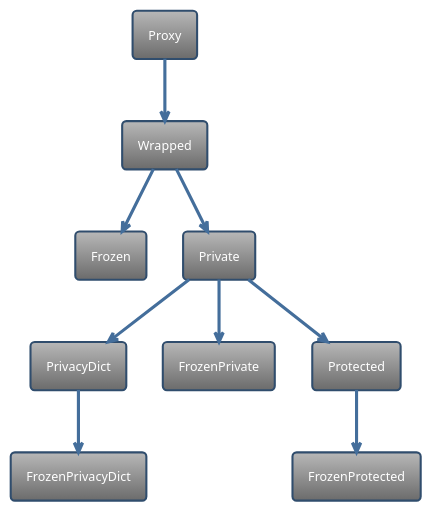
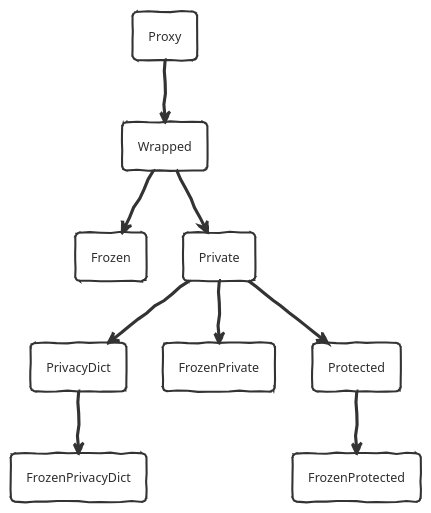
Before and after one commit to sundarnagarajan/pyprotect: the diagram in classdiagram.puml, drawn with PlantUML. The commit also changed 1 other file, not shown here.

```diff
--- a/classdiagram.puml
+++ b/classdiagram.puml
@@ -2,32 +2,32 @@
 @startuml
 ' Create classdiagram.svg using command:
 ' java -jar plantuml.jar -tsvg classdiagram.puml
 '!theme bluegray
-'!theme sketchy
-!theme spacelab
+!theme sketchy-outline
+'!theme spacelab
 
 skinparam linetype polyline
 'skinparam linetype ortho
  
 rectangle Proxy
 rectangle Wrapped
 rectangle Frozen
 rectangle Private
 rectangle PrivacyDict
 rectangle FrozenPrivacyDict
 rectangle FrozenPrivate
 rectangle Protected
 rectangle FrozenProtected
 
 Proxy --> Wrapped
 Wrapped --> Frozen
 Wrapped --> Private
 
 Private --> PrivacyDict
 Private --> FrozenPrivate
 Private --> Protected
 
 PrivacyDict --> FrozenPrivacyDict
 Protected --> FrozenProtected
 
 @enduml
```
